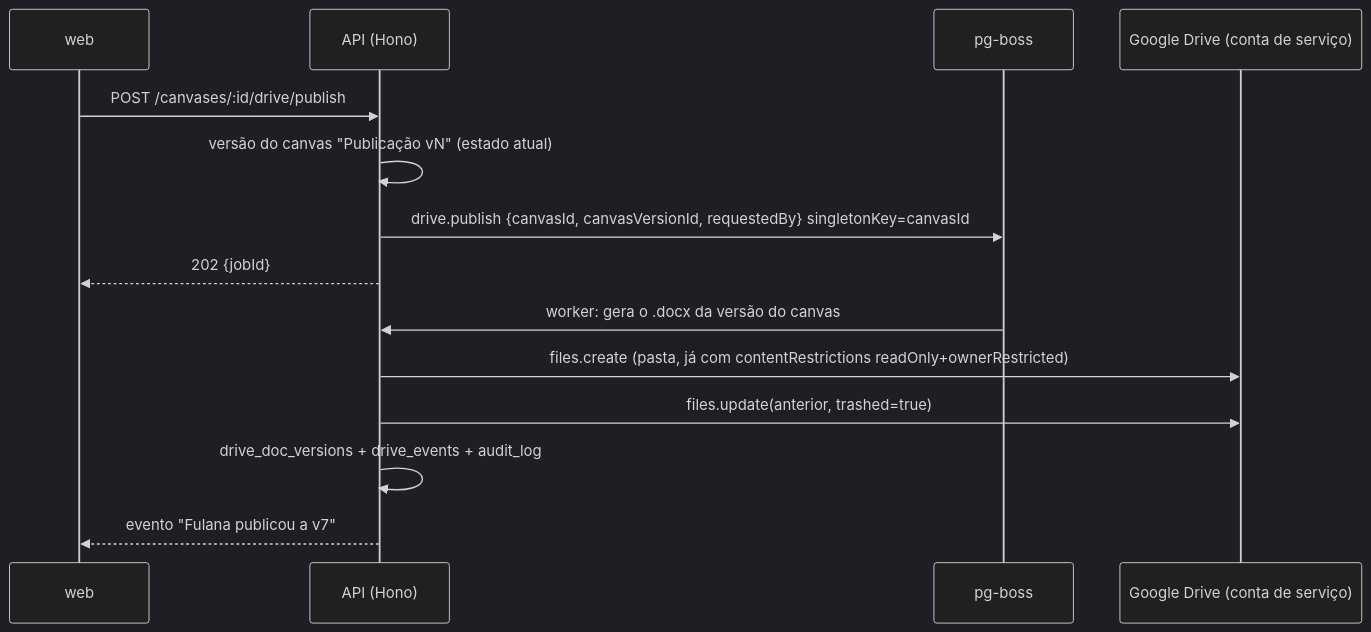
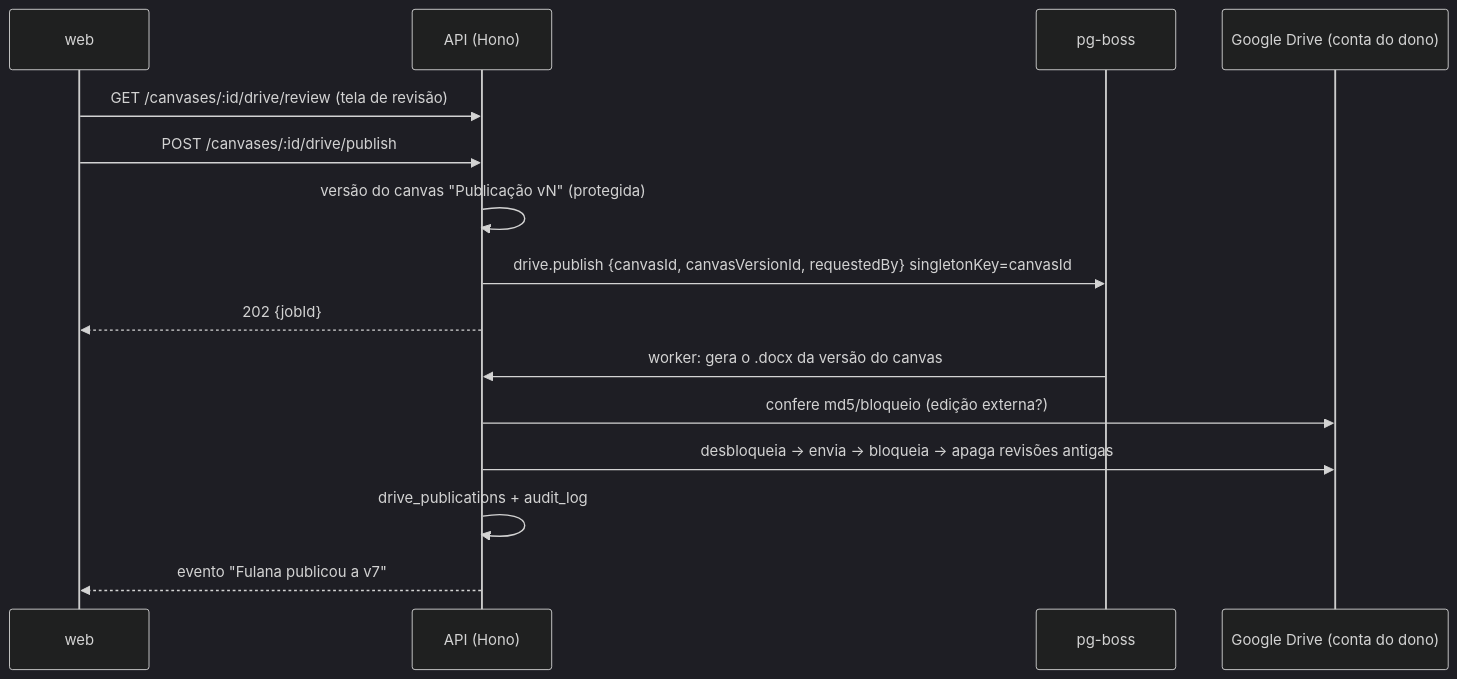
The diagram in docs/drive-docx-plan.md (MyrrhaLopes/erd-to-schema), drawn with Mermaid (dark theme) before and after one commit. The commit also changed other lines of this file, not shown here.

First line of the commit message:
Plano do documento no Drive: conta do dono, módulos por tag, revisão antes de publicar e reversão pelo app

````diff
--- a/docs/drive-docx-plan.md
+++ b/docs/drive-docx-plan.md
@@ -33,16 +35,17 @@
 ```mermaid
 sequenceDiagram
   participant W as web
   participant A as API (Hono)
   participant Q as pg-boss
-  participant G as Google Drive (conta de serviço)
+  participant G as Google Drive (conta do dono)
+  W->>A: GET /canvases/:id/drive/review (tela de revisão)
   W->>A: POST /canvases/:id/drive/publish
-  A->>A: versão do canvas "Publicação vN" (estado atual)
+  A->>A: versão do canvas "Publicação vN" (protegida)
   A->>Q: drive.publish {canvasId, canvasVersionId, requestedBy} singletonKey=canvasId
   A-->>W: 202 {jobId}
   Q->>A: worker: gera o .docx da versão do canvas
-  A->>G: files.create (pasta, já com contentRestrictions readOnly+ownerRestricted)
-  A->>G: files.update(anterior, trashed=true)
-  A->>A: drive_doc_versions + drive_events + audit_log
+  A->>G: confere md5/bloqueio (edição externa?)
+  A->>G: desbloqueia → envia → bloqueia → apaga revisões antigas
+  A->>A: drive_publications + audit_log
   A-->>W: evento "Fulana publicou a v7"
 ```
````
